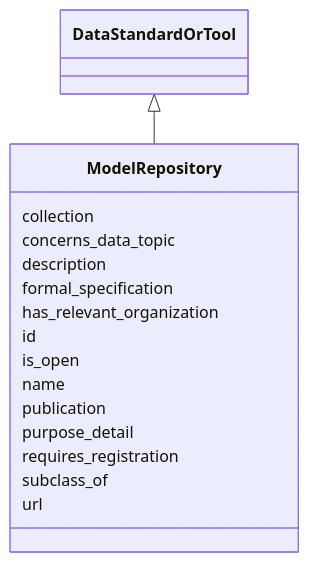
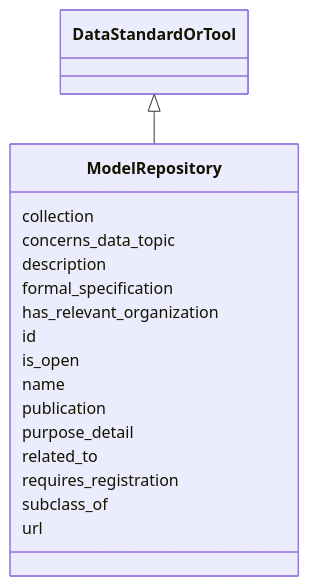
Before and after one commit to bridge2ai/standards-schemas: the diagram in docs/ModelRepository.md, drawn with Mermaid. The commit also changed other lines of this file and 65 other files, not shown here.

````diff
--- a/docs/ModelRepository.md
+++ b/docs/ModelRepository.md
@@ -11,20 +11,21 @@
 ```mermaid
  classDiagram
     class ModelRepository
       DataStandardOrTool <|-- ModelRepository
       
       ModelRepository : collection
       ModelRepository : concerns_data_topic
       ModelRepository : description
       ModelRepository : formal_specification
       ModelRepository : has_relevant_organization
       ModelRepository : id
       ModelRepository : is_open
       ModelRepository : name
       ModelRepository : publication
       ModelRepository : purpose_detail
+      ModelRepository : related_to
       ModelRepository : requires_registration
       ModelRepository : subclass_of
       ModelRepository : url
       
 ```
````
